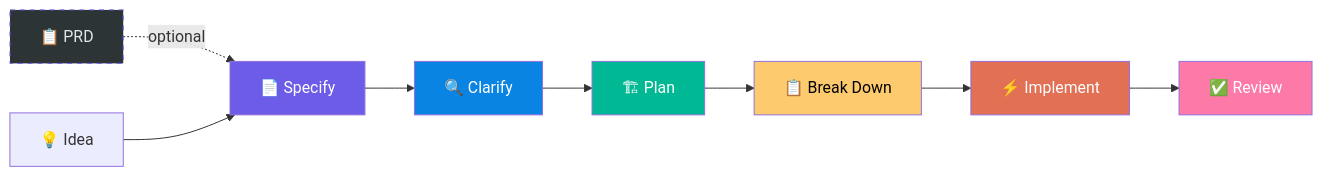
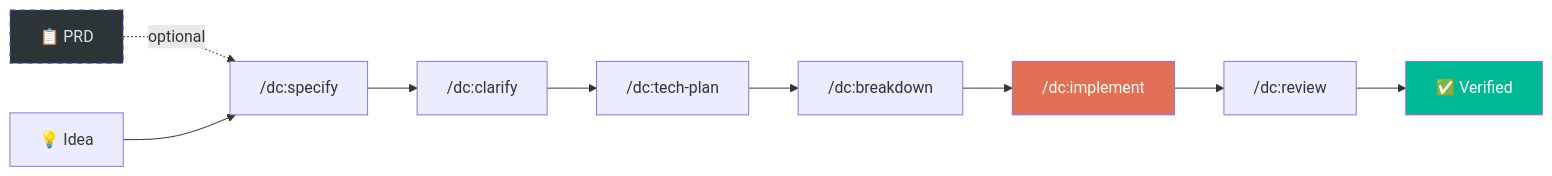
Before and after one commit to doncheli/don-cheli-sdd: the diagram in README.md, drawn with Mermaid. The commit also changed other lines of this file and 2 other files, not shown here.

````diff
--- a/README.md
+++ b/README.md
@@ -164,18 +75,15 @@
 ```mermaid
 flowchart LR
     P["📋 PRD"] -.->|optional| B
-    A["💡 Idea"] --> B["📄 Specify"]
-    B --> C["🔍 Clarify"]
-    C --> D["🏗 Plan"]
-    D --> E["📋 Break Down"]
-    E --> F["⚡ Implement"]
-    F --> G["✅ Review"]
+    A["💡 Idea"] --> B["/dc:specify"]
+    B --> C["/dc:clarify"]
+    C --> D["/dc:tech-plan"]
+    D --> E["/dc:breakdown"]
+    E --> F["/dc:implement"]
+    F --> G["/dc:review"]
+    G --> H["✅ Verified"]
 
     style P fill:#2d3436,color:#dfe6e9,stroke:#6c5ce7,stroke-dasharray: 5 5
-    style B fill:#6c5ce7,color:#fff
-    style C fill:#0984e3,color:#fff
-    style D fill:#00b894,color:#fff
-    style E fill:#fdcb6e,color:#000
     style F fill:#e17055,color:#fff
-    style G fill:#fd79a8,color:#fff
+    style H fill:#00b894,color:#fff
 ```
````
